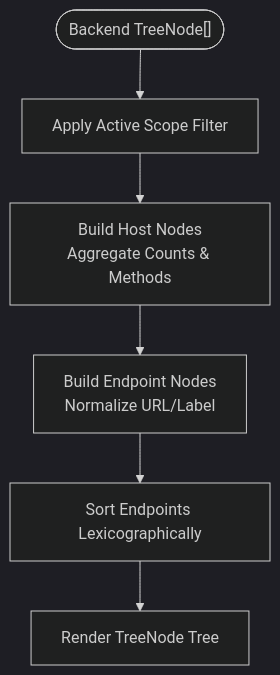
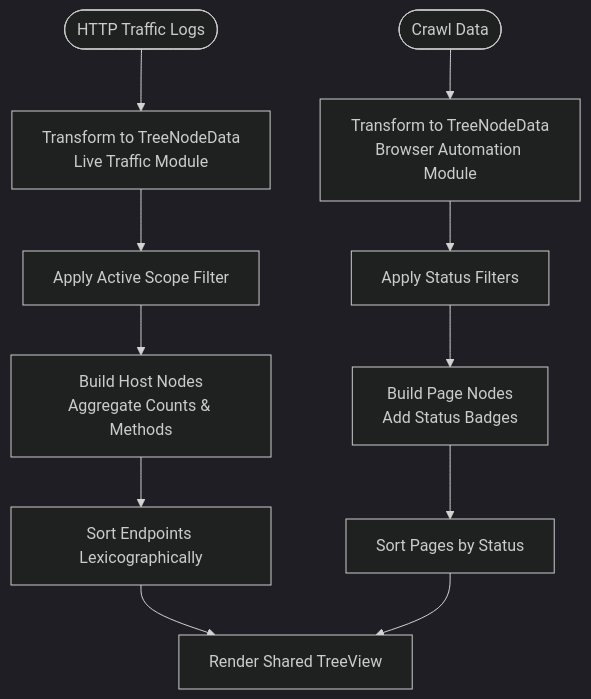
One commit to arhamymr/hexbuffer changed the fourth of 4 diagrams in .qoder/repowiki/en/content/Live Traffic Analysis/Tree View Navigation.md. Above: the diagram before and after it, drawn with Mermaid (dark theme). The commit also changed other lines of this file and 21 other files, not shown here.

````diff
--- a/.qoder/repowiki/en/content/Live Traffic Analysis/Tree View Navigation.md
+++ b/.qoder/repowiki/en/content/Live Traffic Analysis/Tree View Navigation.md
@@ -362,8 +370,13 @@
 ```mermaid
 flowchart TD
-Start(["Backend TreeNode[]"]) --> ScopeFilter["Apply Active Scope Filter"]
+StartHTTP(["HTTP Traffic Logs"]) --> TransformHTTP["Transform to TreeNodeData<br/>Live Traffic Module"]
+StartCrawl(["Crawl Data"]) --> TransformCrawl["Transform to TreeNodeData<br/>Browser Automation Module"]
+TransformHTTP --> ScopeFilter["Apply Active Scope Filter"]
+TransformCrawl --> StatusFilter["Apply Status Filters"]
 ScopeFilter --> BuildHost["Build Host Nodes<br/>Aggregate Counts & Methods"]
-BuildHost --> BuildEndpoints["Build Endpoint Nodes<br/>Normalize URL/Label"]
-BuildEndpoints --> SortEndpoints["Sort Endpoints Lexicographically"]
-SortEndpoints --> Render["Render TreeNode Tree"]
+StatusFilter --> BuildPages["Build Page Nodes<br/>Add Status Badges"]
+BuildHost --> SortEndpoints["Sort Endpoints Lexicographically"]
+BuildPages --> SortPages["Sort Pages by Status"]
+SortEndpoints --> Render["Render Shared TreeView"]
+SortPages --> Render
 ```
````
